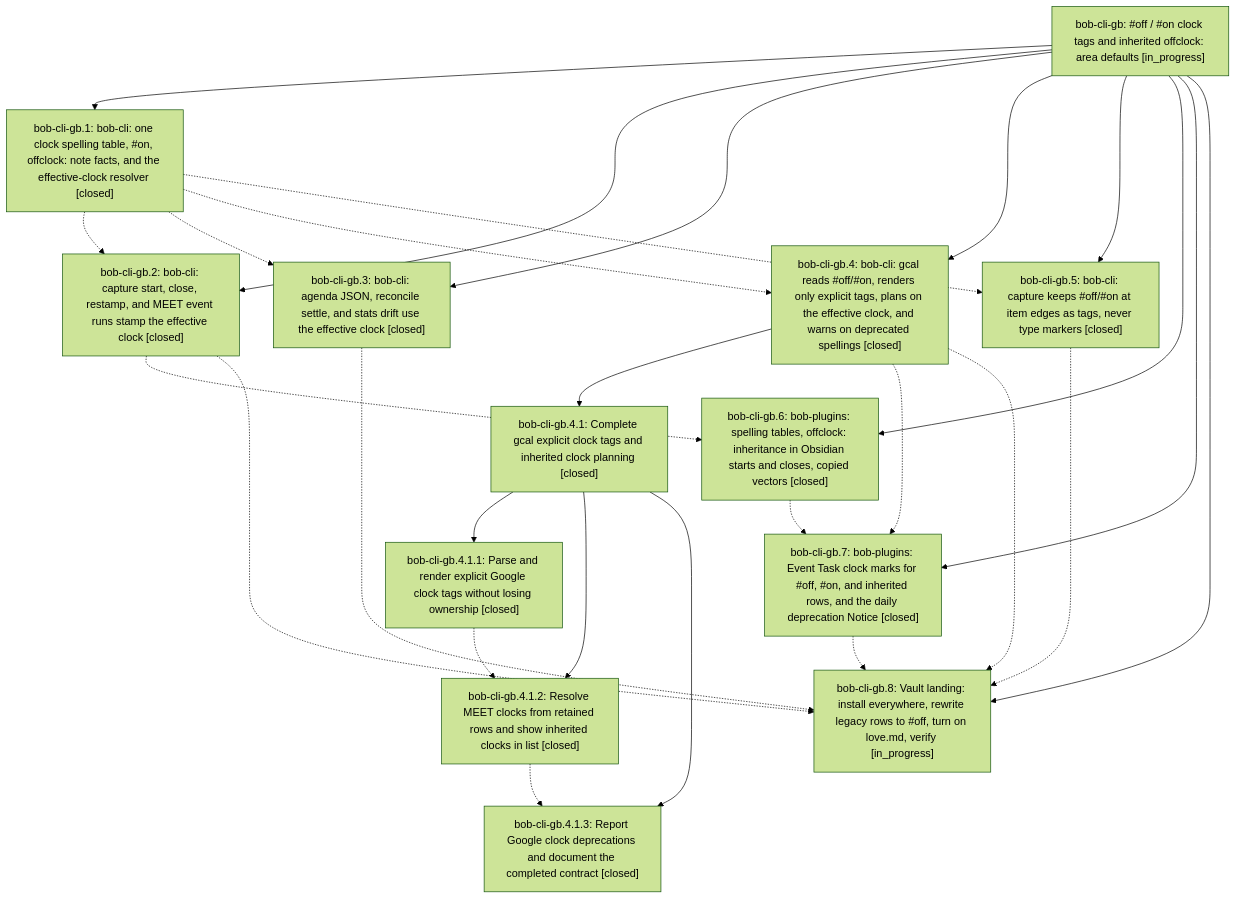
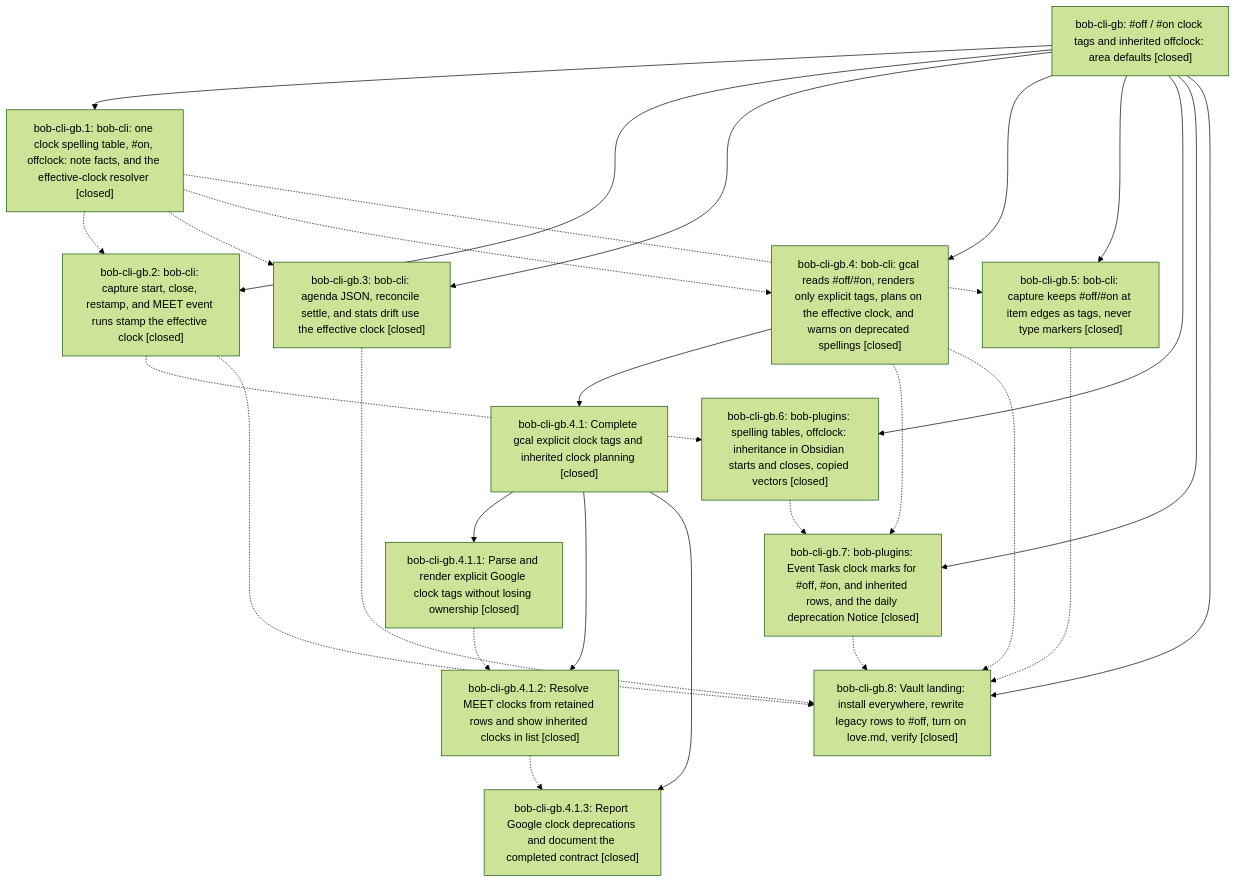
Before and after one commit to bobs-org/bob-cli--beads: the diagram in pages/bob-cli-gb/README.md, drawn with Mermaid (forest theme). The commit also changed other lines of this file and 6 other files, not shown here.

First line of the commit message:
chore(beads): sync bead state and pages for bob-cli-gb

````diff
--- a/pages/bob-cli-gb/README.md
+++ b/pages/bob-cli-gb/README.md
@@ -41,42 +55,42 @@
 ```mermaid
 flowchart TD
-    n0["bob-cli-gb: #off / #on clock tags and inherited offclock: area defaults [in_progress]"]
+    n0["bob-cli-gb: #off / #on clock tags and inherited offclock: area defaults [closed]"]
     n1["bob-cli-gb.1: bob-cli: one clock spelling table, #on, offclock: note facts, and the effective-clock resolver [closed]"]
     n2["bob-cli-gb.2: bob-cli: capture start, close, restamp, and MEET event runs stamp the effective clock [closed]"]
     n3["bob-cli-gb.3: bob-cli: agenda JSON, reconcile settle, and stats drift use the effective clock [closed]"]
     n4["bob-cli-gb.4: bob-cli: gcal reads #off/#on, renders only explicit tags, plans on the effective clock, and warns on deprecated spellings [closed]"]
     n5["bob-cli-gb.4.1: Complete gcal explicit clock tags and inherited clock planning [closed]"]
     n6["bob-cli-gb.4.1.1: Parse and render explicit Google clock tags without losing ownership [closed]"]
     n7["bob-cli-gb.4.1.2: Resolve MEET clocks from retained rows and show inherited clocks in list [closed]"]
     n8["bob-cli-gb.4.1.3: Report Google clock deprecations and document the completed contract [closed]"]
     n9["bob-cli-gb.5: bob-cli: capture keeps #off/#on at item edges as tags, never type markers [closed]"]
     n10["bob-cli-gb.6: bob-plugins: spelling tables, offclock: inheritance in Obsidian starts and closes, copied vectors [closed]"]
     n11["bob-cli-gb.7: bob-plugins: Event Task clock marks for #off, #on, and inherited rows, and the daily deprecation Notice [closed]"]
-    n12["bob-cli-gb.8: Vault landing: install everywhere, rewrite legacy rows to #off, turn on love.md, verify [in_progress]"]
+    n12["bob-cli-gb.8: Vault landing: install everywhere, rewrite legacy rows to #off, turn on love.md, verify [closed]"]
     n0 --> n1
     n0 --> n2
     n0 --> n3
     n0 --> n4
     n4 --> n5
     n5 --> n6
     n5 --> n7
     n5 --> n8
     n0 --> n9
     n0 --> n10
     n0 --> n11
     n0 --> n12
     n1 -.-> n2
     n1 -.-> n3
     n1 -.-> n4
     n1 -.-> n9
     n2 -.-> n10
     n2 -.-> n12
     n3 -.-> n12
     n4 -.-> n11
     n4 -.-> n12
     n6 -.-> n7
     n7 -.-> n8
     n9 -.-> n12
     n10 -.-> n11
     n11 -.-> n12
 ```
````
